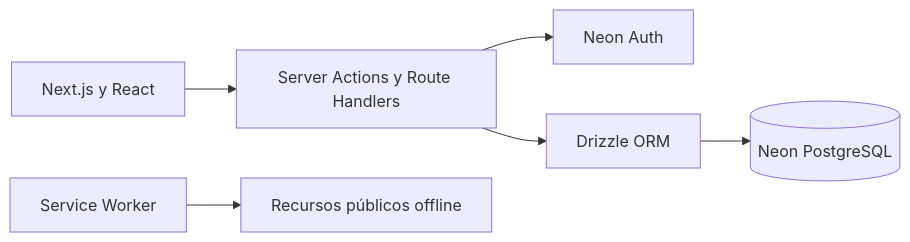
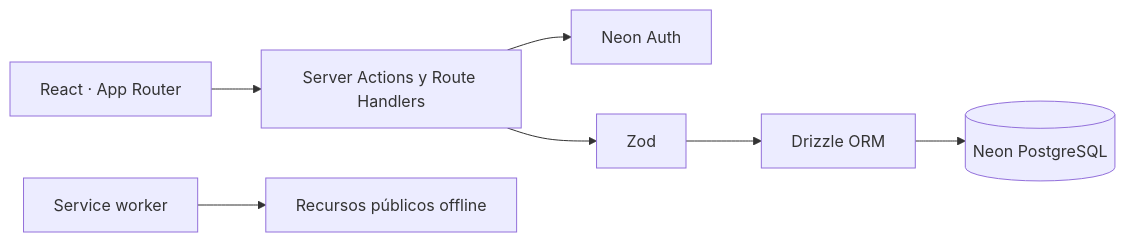
Before and after one commit to ang4lcapellan/pagato: the diagram in README.md, drawn with Mermaid. The commit also changed other lines of this file, not shown here.

Commit message:
docs: document development architecture and environments

````diff
--- a/README.md
+++ b/README.md
@@ -54,8 +34,9 @@
 ```mermaid
 flowchart LR
-  UI[Next.js y React] --> SA[Server Actions y Route Handlers]
-  SA --> AUTH[Neon Auth]
-  SA --> ORM[Drizzle ORM]
+  UI[React · App Router] --> SERVER[Server Actions y Route Handlers]
+  SERVER --> AUTH[Neon Auth]
+  SERVER --> VALIDATION[Zod]
+  VALIDATION --> ORM[Drizzle ORM]
   ORM --> DB[(Neon PostgreSQL)]
-  SW[Service Worker] --> PUBLIC[Recursos públicos offline]
+  SW[Service worker] --> PUBLIC[Recursos públicos offline]
 ```
````
